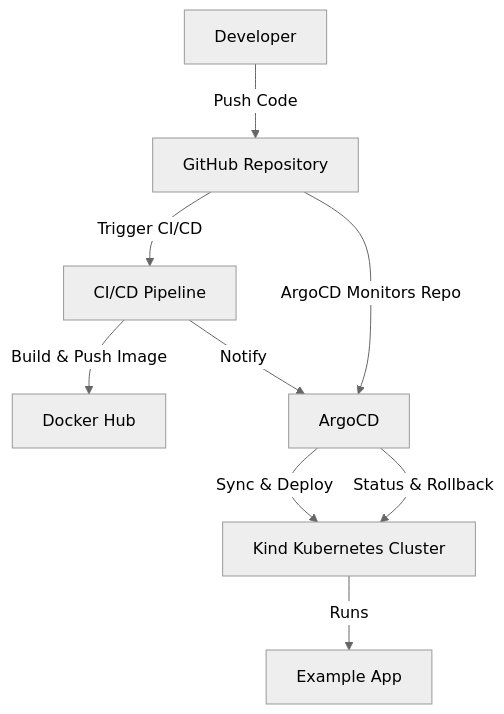
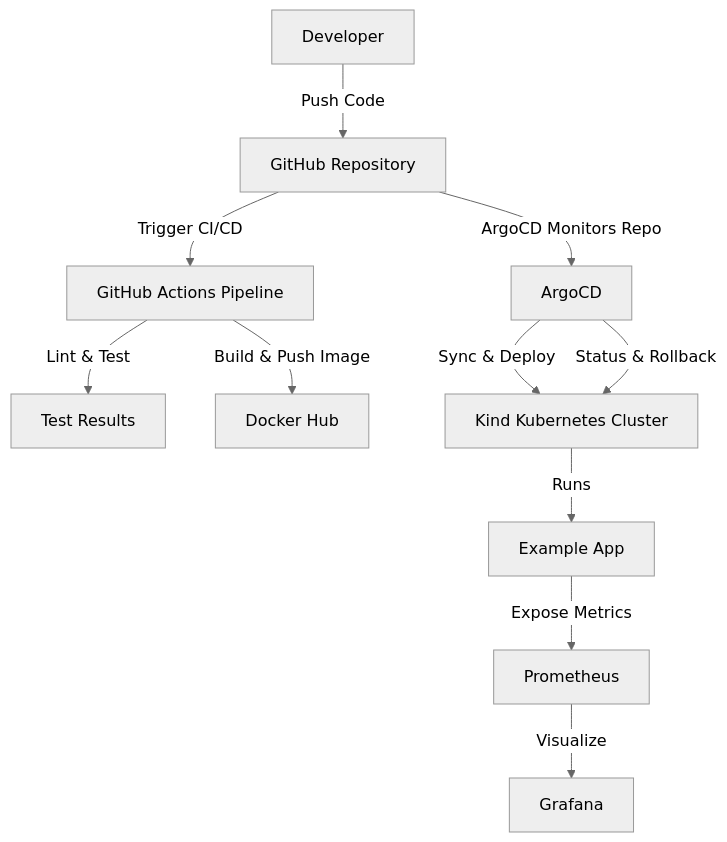
The diagram in README.md (Ashikuroff/example-app), drawn with Mermaid (neutral theme) before and after one commit. The commit also changed other lines of this file and 22 other files, not shown here.

````diff
--- a/README.md
+++ b/README.md
@@ -27,11 +36,13 @@
 ```mermaid
 flowchart TD
     A[Developer] -->|Push Code| B[GitHub Repository]
-    B -->|Trigger CI/CD| C[CI/CD Pipeline]
-    C -->|Build & Push Image| D[Docker Hub]
-    B -->|ArgoCD Monitors Repo| E[ArgoCD]
-    E -->|Sync & Deploy| F[Kind Kubernetes Cluster]
-    F -->|Runs| G[Example App]
-    E -->|Status & Rollback| F
-    C -->|Notify| E
+    B -->|Trigger CI/CD| C[GitHub Actions Pipeline]
+    C -->|Lint & Test| D[Test Results]
+    C -->|Build & Push Image| E[Docker Hub]
+    B -->|ArgoCD Monitors Repo| F[ArgoCD]
+    F -->|Sync & Deploy| G[Kind Kubernetes Cluster]
+    G -->|Runs| H[Example App]
+    H -->|Expose Metrics| I[Prometheus]
+    I -->|Visualize| J[Grafana]
+    F -->|Status & Rollback| G
 ```
````
